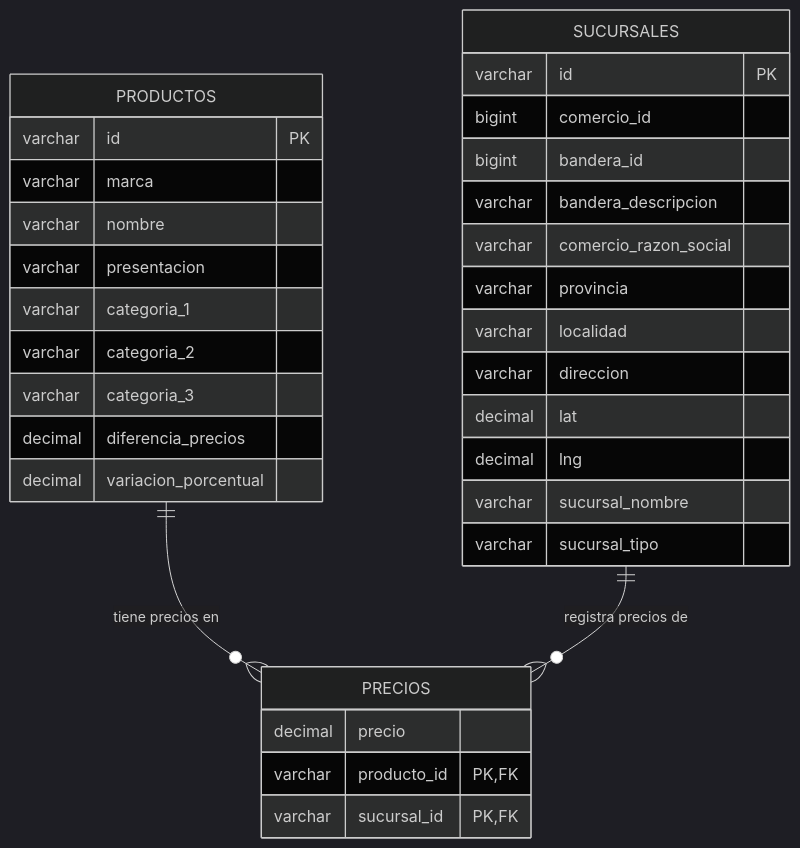
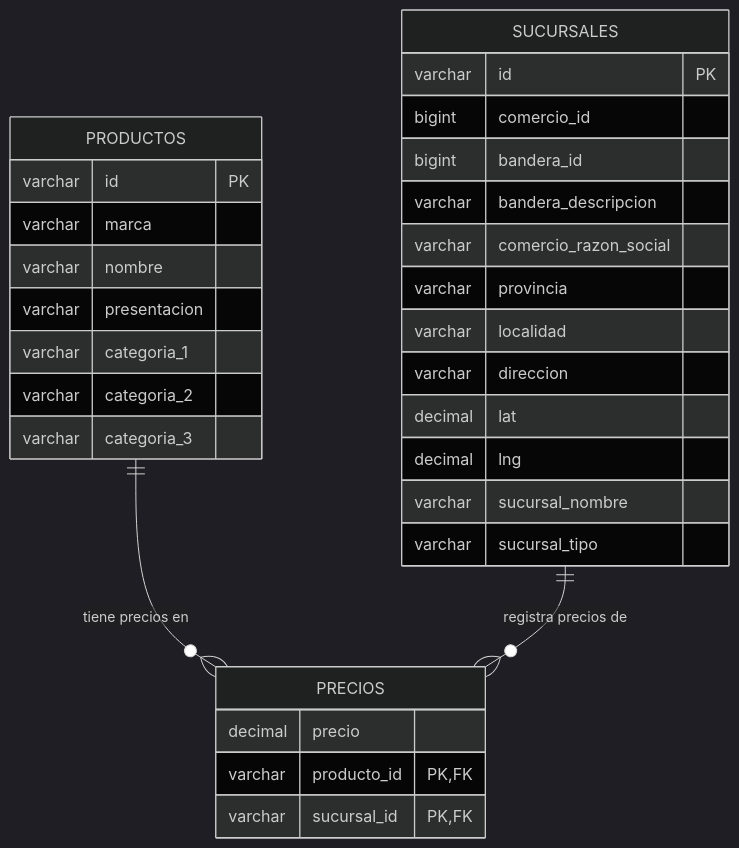
Before and after one commit to MissMelisa/la-legion-del-codigo-producto-final: the diagram in docs/diseno_base_datos.md, drawn with Mermaid (dark theme). The commit also changed other lines of this file and 3 other files, not shown here.

````diff
--- a/docs/diseno_base_datos.md
+++ b/docs/diseno_base_datos.md
@@ -53,38 +53,36 @@
 ```mermaid
 erDiagram
     PRODUCTOS ||--o{ PRECIOS : "tiene precios en"
     SUCURSALES ||--o{ PRECIOS : "registra precios de"
 
     PRODUCTOS {
         varchar id PK
         varchar marca
         varchar nombre
         varchar presentacion
         varchar categoria_1
         varchar categoria_2
         varchar categoria_3
-        decimal diferencia_precios
-        decimal variacion_porcentual
     }
 
     SUCURSALES {
         varchar id PK
         bigint comercio_id
         bigint bandera_id
         varchar bandera_descripcion
         varchar comercio_razon_social
         varchar provincia
         varchar localidad
         varchar direccion
         decimal lat
         decimal lng
         varchar sucursal_nombre
         varchar sucursal_tipo
     }
 
     PRECIOS {
         decimal precio
         varchar producto_id PK,FK
         varchar sucursal_id PK,FK
     }
 ```
````
